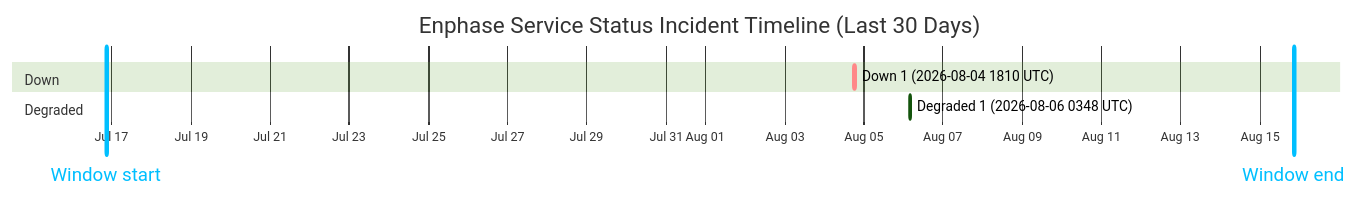
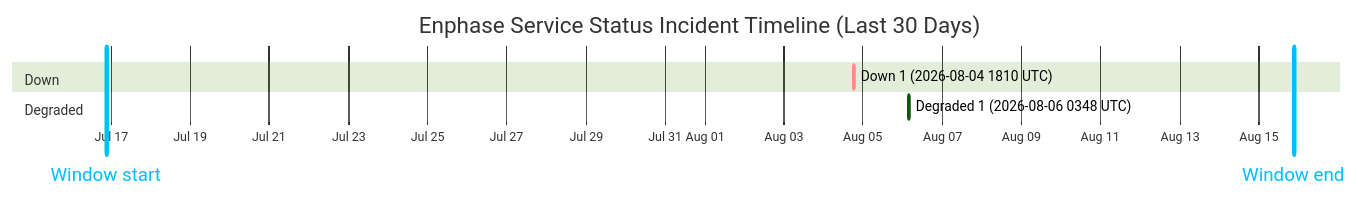
One commit to barneyonline/ha-enphase-energy changed the diagram in wiki/Service-Status-History.md. Above: the diagram before and after it, drawn with Mermaid (forest theme). The commit also changed other lines of this file and 3 other files, not shown here.

````diff
--- a/wiki/Service-Status-History.md
+++ b/wiki/Service-Status-History.md
@@ -14,12 +14,12 @@
 ```mermaid
 gantt
     title Enphase Service Status Incident Timeline (Last 30 Days)
     dateFormat  YYYY-MM-DDTHH:mm:ss
     axisFormat  %b %d
-    Window start :vert, window-start, 2026-07-16T20:47:29, 0ms
-    Window end :vert, window-end, 2026-08-15T20:47:29, 0ms
+    Window start :vert, window-start, 2026-07-16T21:18:59, 0ms
+    Window end :vert, window-end, 2026-08-15T21:18:59, 0ms
     section Down
     Down 1 (2026-08-04 1810 UTC) :crit, down-1, 2026-08-04T18:10:46, 60m
     section Degraded
     Degraded 1 (2026-08-06 0348 UTC) :active, degraded-1, 2026-08-06T03:48:14, 60m
 ```
````
